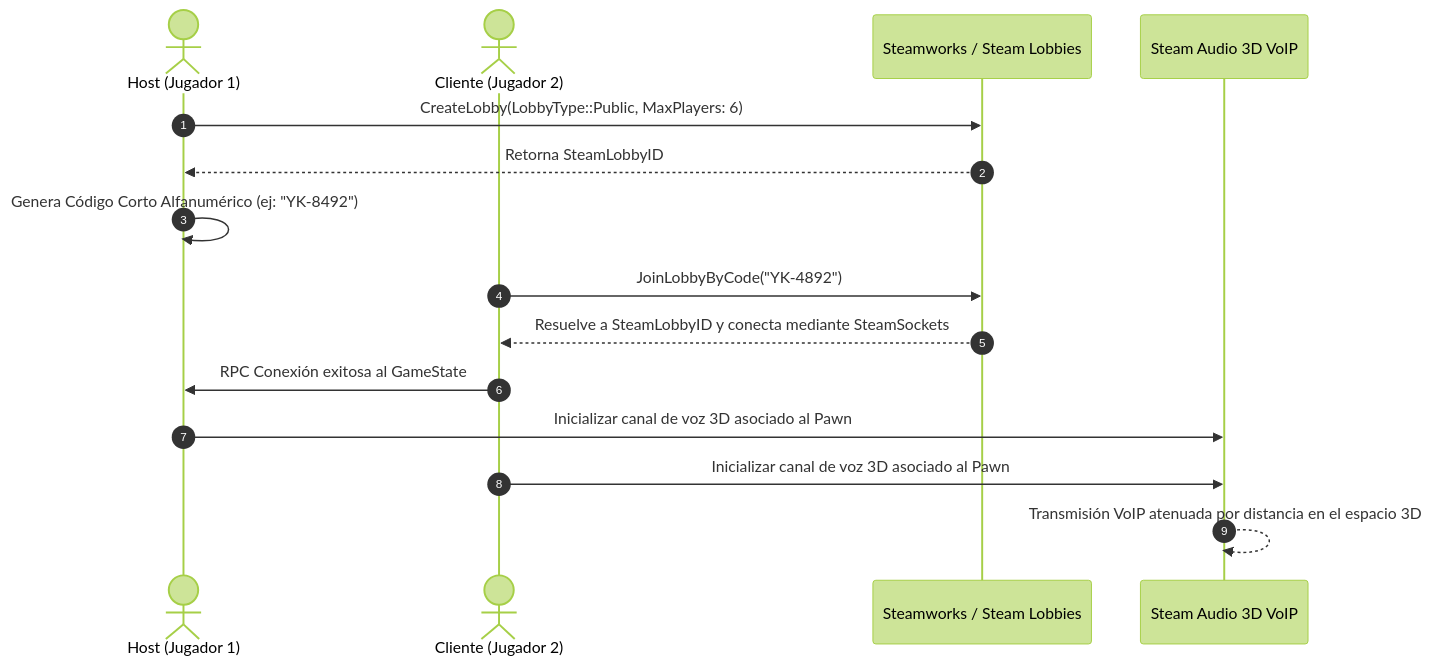
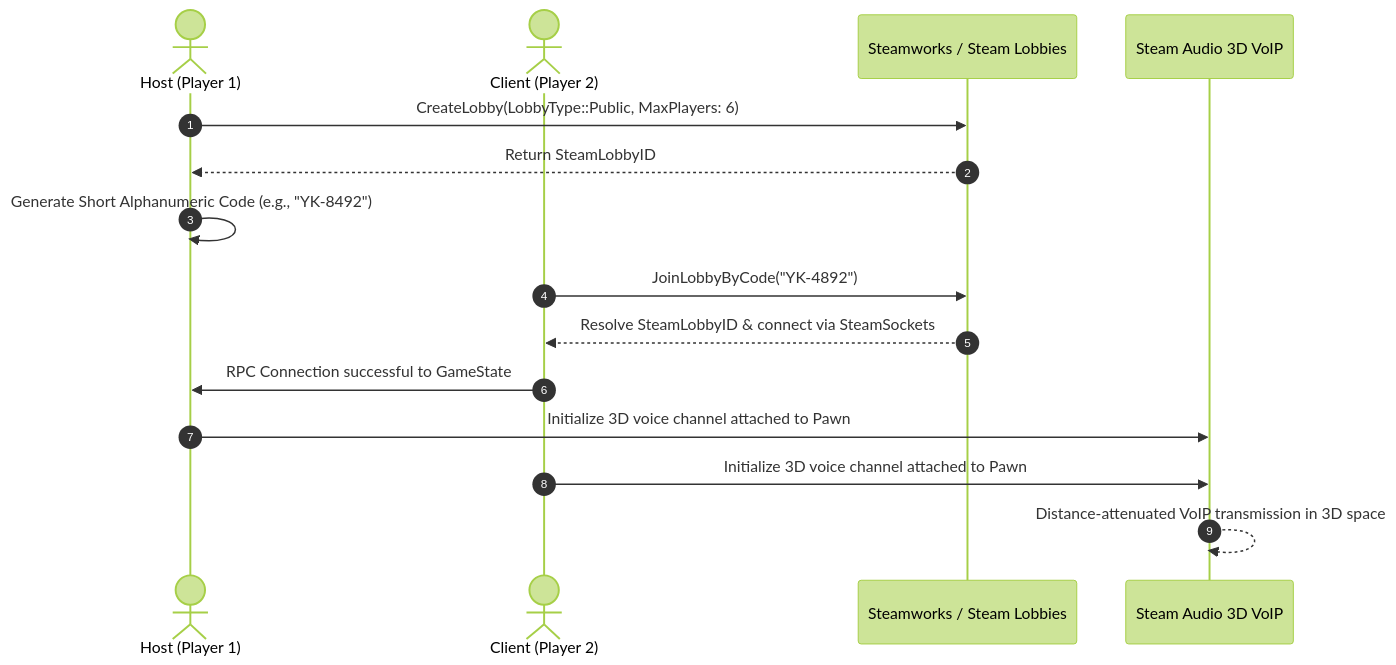
Before and after one commit to emrojo/yenka-vr: the fourth of 4 diagrams in docs/ARCHITECTURE.md, drawn with Mermaid (forest theme). The commit also changed other lines of this file and 3 other files, not shown here.

Commit message:
docs: translate all markdown documentation (README, ARCHITECTURE, REQUIREMENTS, DECISION_LOG) to English

````diff
--- a/docs/ARCHITECTURE.md
+++ b/docs/ARCHITECTURE.md
@@ -130,18 +132,18 @@
 ```mermaid
 sequenceDiagram
     autonumber
-    actor Host as Host (Jugador 1)
-    actor Client as Cliente (Jugador 2)
+    actor Host as Host (Player 1)
+    actor Client as Client (Player 2)
     participant Steam as Steamworks / Steam Lobbies
     participant Audio as Steam Audio 3D VoIP
 
     Host->>Steam: CreateLobby(LobbyType::Public, MaxPlayers: 6)
-    Steam-->>Host: Retorna SteamLobbyID
-    Host->>Host: Genera Código Corto Alfanumérico (ej: "YK-8492")
+    Steam-->>Host: Return SteamLobbyID
+    Host->>Host: Generate Short Alphanumeric Code (e.g., "YK-8492")
     Client->>Steam: JoinLobbyByCode("YK-4892")
-    Steam-->>Client: Resuelve a SteamLobbyID y conecta mediante SteamSockets
-    Client->>Host: RPC Conexión exitosa al GameState
-    Host->>Audio: Inicializar canal de voz 3D asociado al Pawn
-    Client->>Audio: Inicializar canal de voz 3D asociado al Pawn
-    Audio-->>Audio: Transmisión VoIP atenuada por distancia en el espacio 3D
+    Steam-->>Client: Resolve SteamLobbyID & connect via SteamSockets
+    Client->>Host: RPC Connection successful to GameState
+    Host->>Audio: Initialize 3D voice channel attached to Pawn
+    Client->>Audio: Initialize 3D voice channel attached to Pawn
+    Audio-->>Audio: Distance-attenuated VoIP transmission in 3D space
 ```
````
